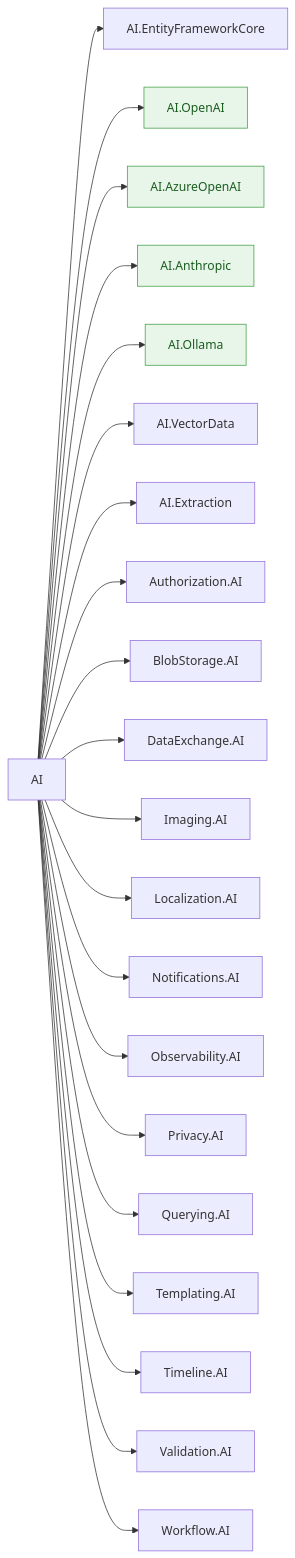
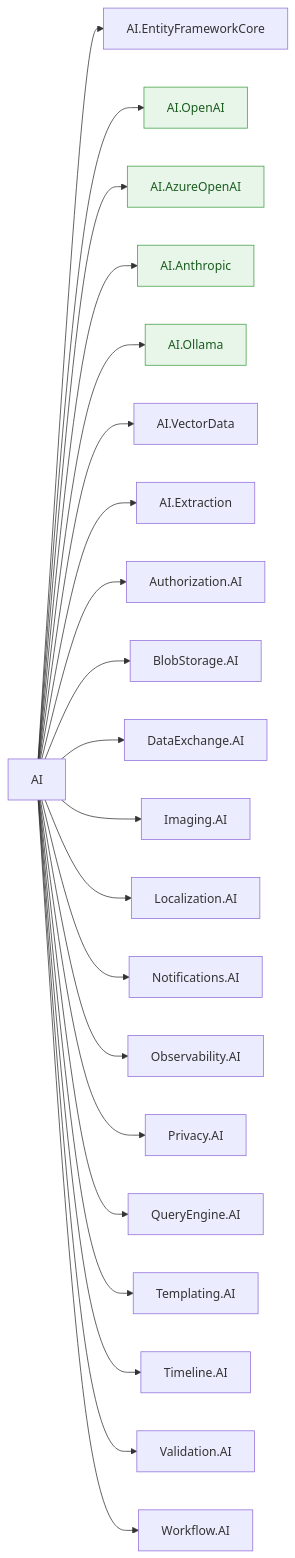
The sixth of 6 diagrams in docs-site/src/content/docs/dotnet/architecture/dependency-graph.md (enraiz/granit-dotnet), drawn with Mermaid before and after one commit. The commit also changed other lines of this file and 801 other files, not shown here.

````diff
--- a/docs-site/src/content/docs/dotnet/architecture/dependency-graph.md
+++ b/docs-site/src/content/docs/dotnet/architecture/dependency-graph.md
@@ -477,29 +477,29 @@
 ```mermaid
 flowchart LR
     AI["AI"] --> AI_EF["AI.EntityFrameworkCore"]
     AI --> AI_OAI["AI.OpenAI"]
     AI --> AI_AOAI["AI.AzureOpenAI"]
     AI --> AI_ANT["AI.Anthropic"]
     AI --> AI_OLL["AI.Ollama"]
     AI --> AI_VEC["AI.VectorData"]
     AI --> AI_EXT["AI.Extraction"]
 
     AI --> AUTH_AI["Authorization.AI"]
     AI --> BLOB_AI["BlobStorage.AI"]
     AI --> DX_AI["DataExchange.AI"]
     AI --> IMG_AI["Imaging.AI"]
     AI --> LOC_AI["Localization.AI"]
     AI --> NOTIF_AI["Notifications.AI"]
     AI --> OBS_AI["Observability.AI"]
     AI --> PRIV_AI["Privacy.AI"]
-    AI --> QRY_AI["Querying.AI"]
+    AI --> QRY_AI["QueryEngine.AI"]
     AI --> TMPL_AI["Templating.AI"]
     AI --> TL_AI["Timeline.AI"]
     AI --> VAL_AI["Validation.AI"]
     AI --> WF_AI["Workflow.AI"]
 
     style AI_OAI fill:#e8f5e9,stroke:#43a047,color:#1b5e20
     style AI_AOAI fill:#e8f5e9,stroke:#43a047,color:#1b5e20
     style AI_ANT fill:#e8f5e9,stroke:#43a047,color:#1b5e20
     style AI_OLL fill:#e8f5e9,stroke:#43a047,color:#1b5e20
 ```
````
